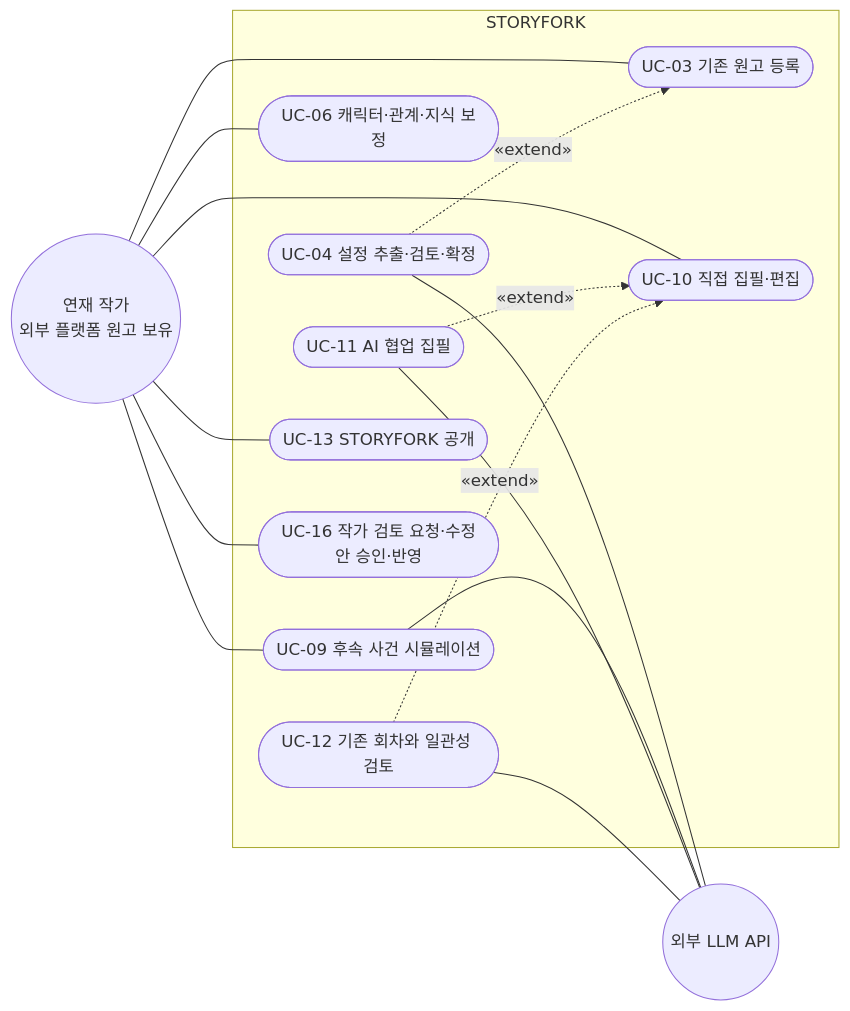
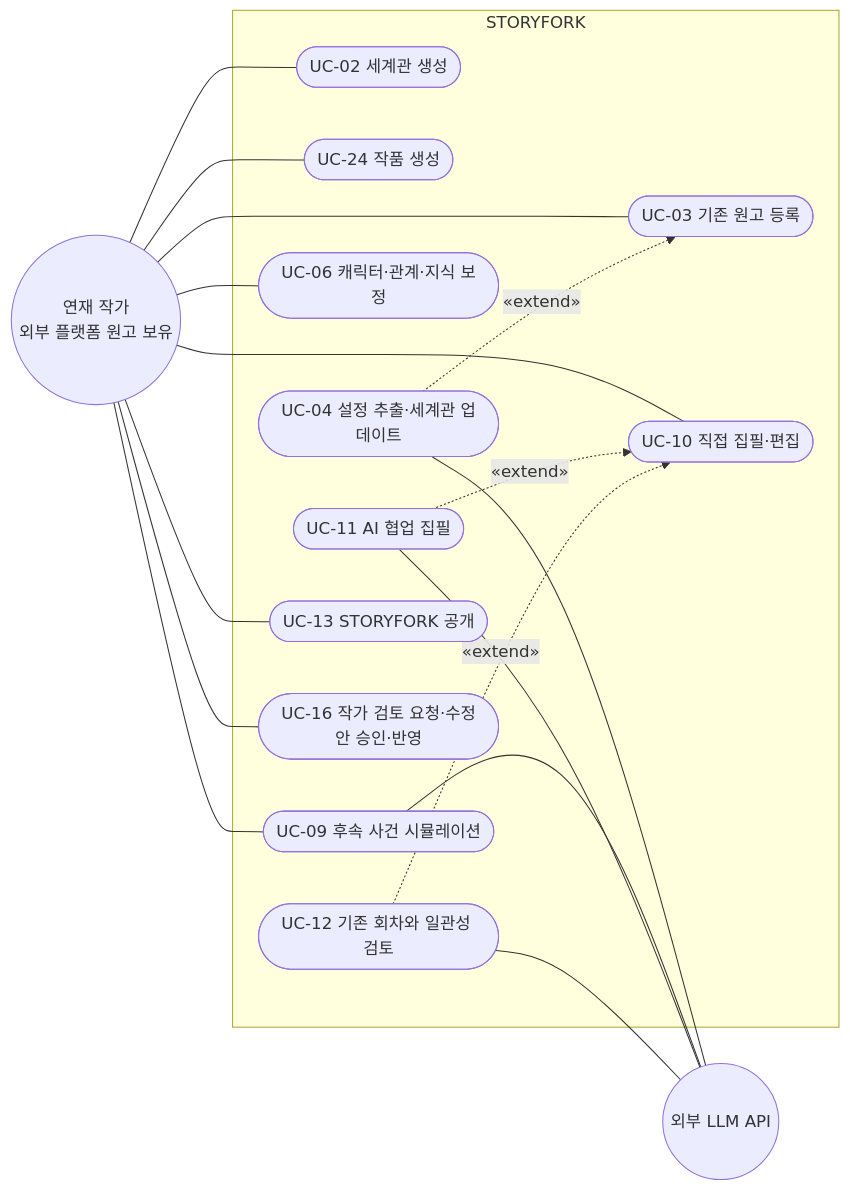
One commit to SKNETWORKS-FAMILY-AICAMP/SKN34-FINAL-4TEAM changed the fourth of 9 diagrams in docs/usecase.md. Above: the diagram before and after it, drawn with Mermaid. The commit also changed other lines of this file and 26 other files, not shown here.

````diff
--- a/docs/usecase.md
+++ b/docs/usecase.md
@@ -202,29 +213,33 @@
 ```mermaid
 flowchart LR
   S(("연재 작가<br/>외부 플랫폼 원고 보유"))
   L(("외부 LLM API"))
   subgraph SYS["STORYFORK"]
+    U02(["UC-02 세계관 생성"])
+    U24(["UC-24 작품 생성"])
     U03(["UC-03 기존 원고 등록"])
-    U04(["UC-04 설정 추출·검토·확정"])
+    U04(["UC-04 설정 추출·세계관 업데이트"])
     U06(["UC-06 캐릭터·관계·지식 보정"])
     U09(["UC-09 후속 사건 시뮬레이션"])
     U10(["UC-10 직접 집필·편집"])
     U11(["UC-11 AI 협업 집필"])
     U12(["UC-12 기존 회차와 일관성 검토"])
     U13(["UC-13 STORYFORK 공개"])
     U16(["UC-16 작가 검토 요청·수정안 승인·반영"])
   end
+  S --- U02
+  S --- U24
   S --- U03
   S --- U06
   S --- U09
   S --- U10
   S --- U13
   S --- U16
   U04 -.->|"«extend»"| U03
   U11 -.->|"«extend»"| U10
   U12 -.->|"«extend»"| U10
   U04 --- L
   U09 --- L
   U11 --- L
   U12 --- L
 ```
````
